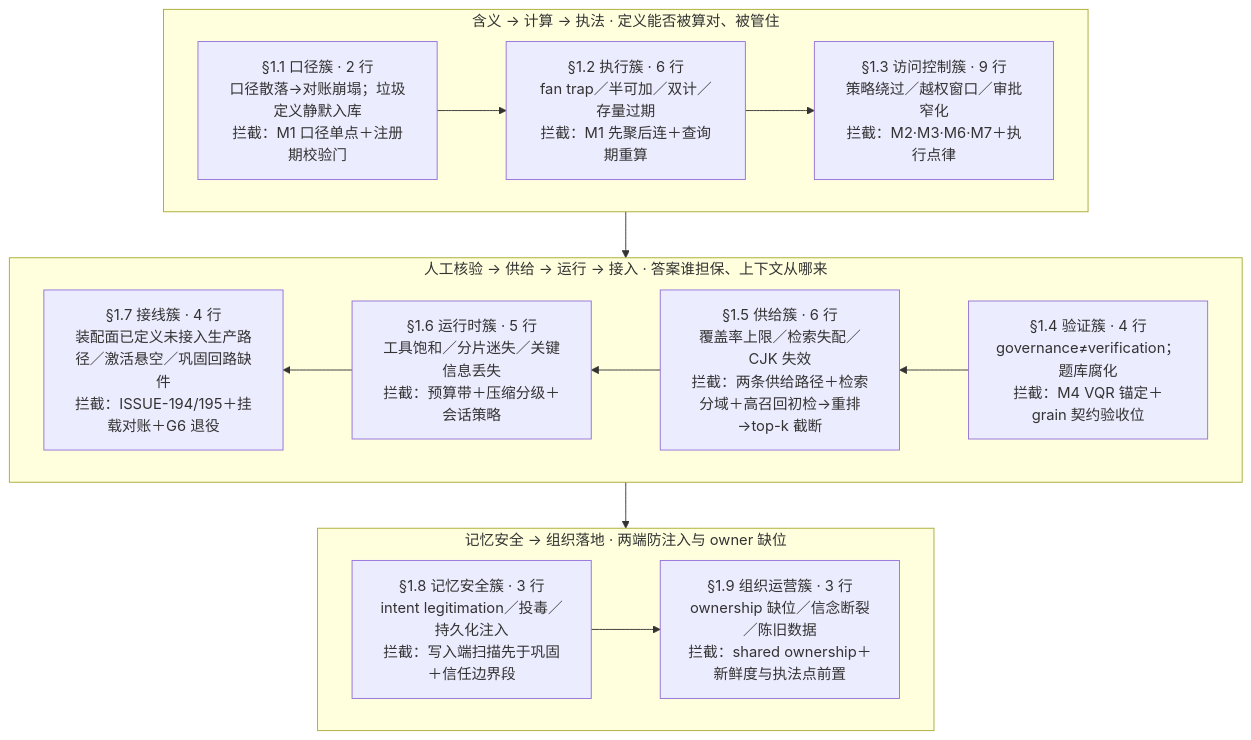
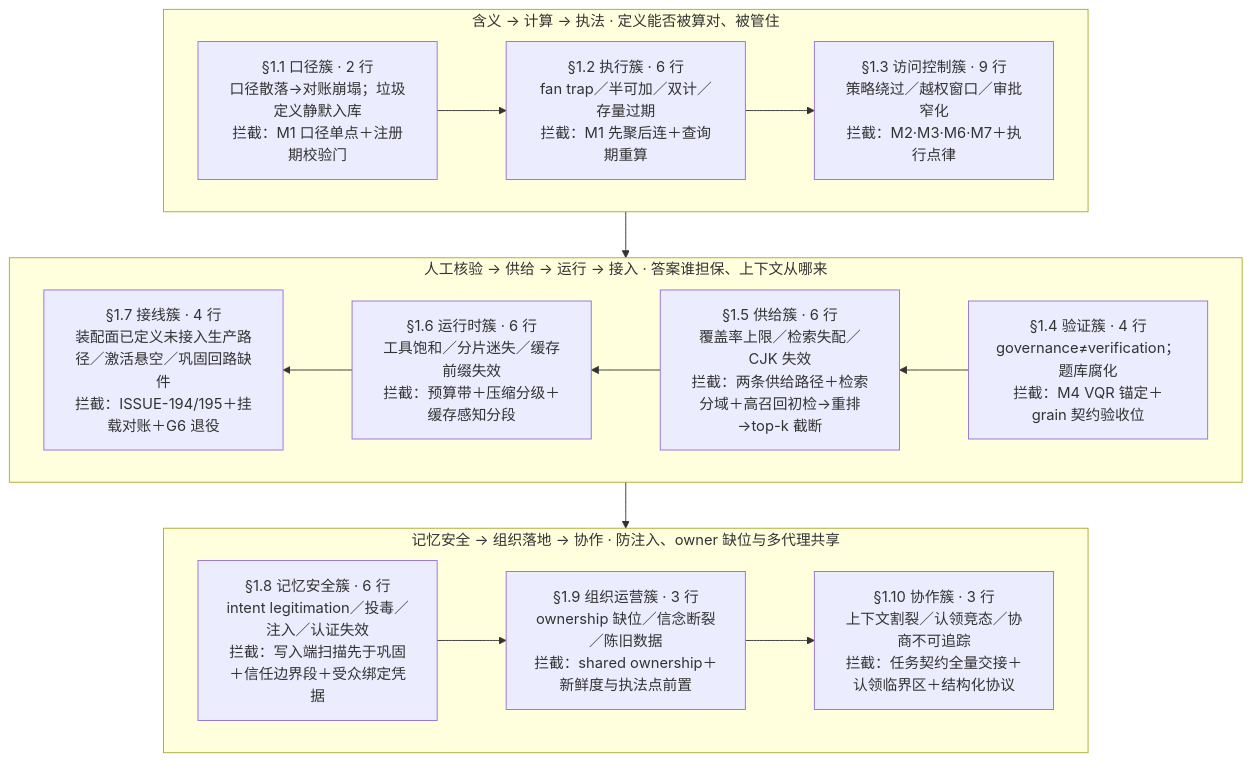
Before and after one commit to ThreeFish-AI/negentropy: the diagram in docs/assets/mermaid/cognitive-context/context-layer--failure-map.mmd, drawn with Mermaid. The commit also changed 24 other files, not shown here.

First line of the commit message:
docs(diagrams): 三图随登记簿十簇口径重渲——failure-map 增 1.10 协作簇节点与 1.6/1.8 行数更新、architecture 验收面十簇×49 行、first-class-object 四类失效节点（sublabel 收紧过 validate 字号门），candidate/mmd/HTML/双主题 PNG/四门回执全套再生，旧 browser-check 回执挪走重跑，mermaid README 计数同步;

```diff
--- a/docs/assets/mermaid/cognitive-context/context-layer--failure-map.mmd
+++ b/docs/assets/mermaid/cognitive-context/context-layer--failure-map.mmd
@@ -1,31 +1,33 @@
-%%source: docs/research/cognitive-context/013-context-layer-blueprint.md §1 失效模式登记簿：九类失效汇总（九簇失效形态总览）
+%%source: docs/research/cognitive-context/013-context-layer-blueprint.md §1 失效模式登记簿：十类失效汇总（十簇失效形态总览）
 %%slug: cognitive-context/context-layer--failure-map
 %%type: architecture
-%%derived: archify architecture v2, authored fresh（v1 八失效×四层映射退役；新构型＝登记簿九簇蛇形主链穿过三条问题带，簇节点标行数与代表失效、tag 标主要防护）
+%%derived: archify architecture v2, authored fresh（v1 八失效×四层映射退役；新构型＝登记簿十簇蛇形主链穿过三条问题带，簇节点标行数与代表失效、tag 标主要防护）
 flowchart TB
     subgraph T1["含义 → 计算 → 执法 · 定义能否被算对、被管住"]
         direction LR
         C1["§1.1 口径簇 · 2 行<br/>口径散落→对账崩塌；垃圾定义静默入库<br/>拦截：M1 口径单点＋注册期校验门"]
         C2["§1.2 执行簇 · 6 行<br/>fan trap／半可加／双计／存量过期<br/>拦截：M1 先聚后连＋查询期重算"]
         C3["§1.3 访问控制簇 · 9 行<br/>策略绕过／越权窗口／审批窄化<br/>拦截：M2·M3·M6·M7＋执行点律"]
     end
     subgraph T2["人工核验 → 供给 → 运行 → 接入 · 答案谁担保、上下文从哪来"]
         direction RL
         C4["§1.4 验证簇 · 4 行<br/>governance≠verification；题库腐化<br/>拦截：M4 VQR 锚定＋grain 契约验收位"]
         C5["§1.5 供给簇 · 6 行<br/>覆盖率上限／检索失配／CJK 失效<br/>拦截：两条供给路径＋检索分域＋高召回初检→重排→top-k 截断"]
-        C6["§1.6 运行时簇 · 5 行<br/>工具饱和／分片迷失／关键信息丢失<br/>拦截：预算带＋压缩分级＋会话策略"]
+        C6["§1.6 运行时簇 · 6 行<br/>工具饱和／分片迷失／缓存前缀失效<br/>拦截：预算带＋压缩分级＋缓存感知分段"]
         C7["§1.7 接线簇 · 4 行<br/>装配面已定义未接入生产路径／激活悬空／巩固回路缺件<br/>拦截：ISSUE-194/195＋挂载对账＋G6 退役"]
     end
-    subgraph T3["记忆安全 → 组织落地 · 两端防注入与 owner 缺位"]
+    subgraph T3["记忆安全 → 组织落地 → 协作 · 防注入、owner 缺位与多代理共享"]
         direction LR
-        C8["§1.8 记忆安全簇 · 3 行<br/>intent legitimation／投毒／持久化注入<br/>拦截：写入端扫描先于巩固＋信任边界段"]
+        C8["§1.8 记忆安全簇 · 6 行<br/>intent legitimation／投毒／注入／认证失效<br/>拦截：写入端扫描先于巩固＋信任边界段＋受众绑定凭据"]
         C9["§1.9 组织运营簇 · 3 行<br/>ownership 缺位／信念断裂／陈旧数据<br/>拦截：shared ownership＋新鲜度与执法点前置"]
+        C10["§1.10 协作簇 · 3 行<br/>上下文割裂／认领竞态／协商不可追踪<br/>拦截：任务契约全量交接＋认领临界区＋结构化协议"]
     end
     C1 --> C2
     C2 --> C3
     C3 --> C4
     C4 --> C5
     C5 --> C6
     C6 --> C7
     C7 --> C8
     C8 --> C9
+    C9 --> C10
```
